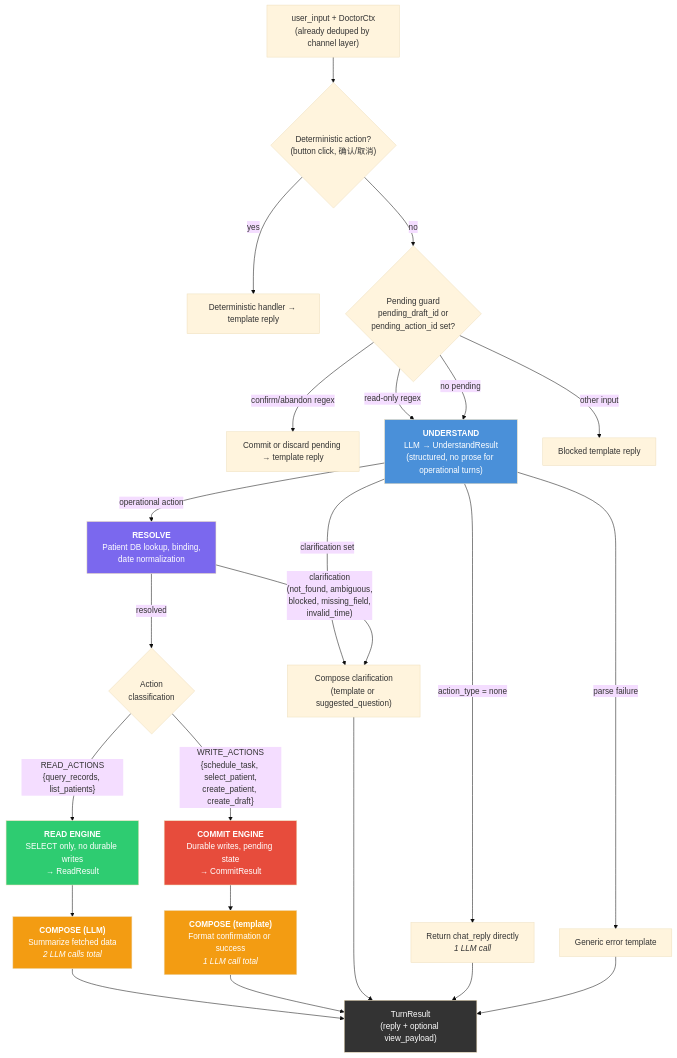
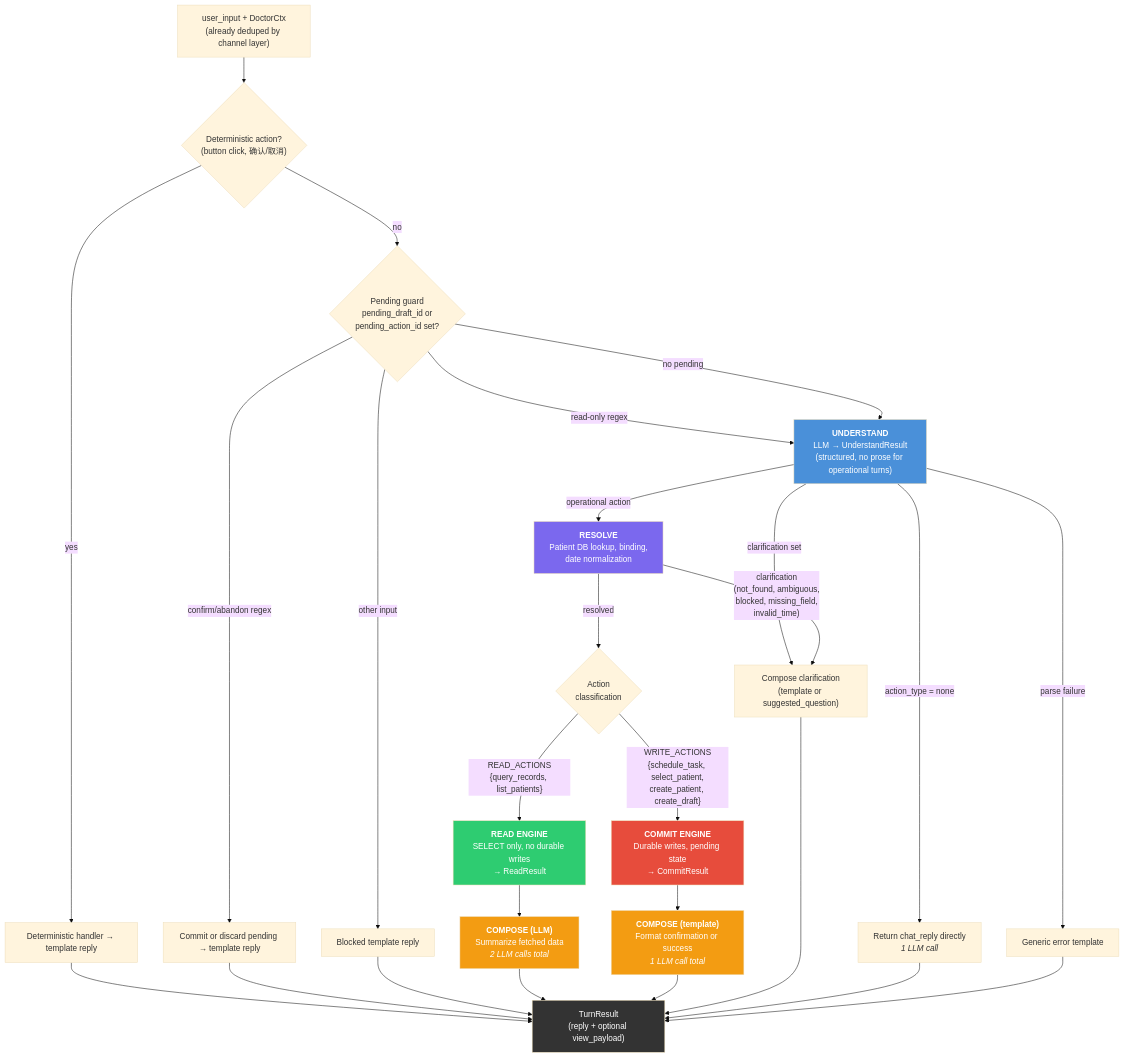
Before and after one commit to moments8890/doctor-ai-agent: the first of 7 diagrams in docs/adr/0012-architecture-diagram.md, drawn with Mermaid (base theme).

Commit message:
docs: connect all pre-pipeline short-circuit paths to TurnResult in diagram
det_handler, commit_or_discard, and blocked_reply now terminate at
turn_result like every other path.

````diff
--- a/docs/adr/0012-architecture-diagram.md
+++ b/docs/adr/0012-architecture-diagram.md
@@ -8,56 +8,59 @@
 ```mermaid
 flowchart TD
     input["user_input + DoctorCtx<br/>(already deduped by channel layer)"]
 
     %% Pre-pipeline guards
     input --> det{"Deterministic action?<br/>(button click, 确认/取消)"}
     det -->|yes| det_handler["Deterministic handler → template reply"]
     det -->|no| pending{"Pending guard<br/>pending_draft_id or<br/>pending_action_id set?"}
 
     pending -->|"confirm/abandon regex"| commit_or_discard["Commit or discard pending → template reply"]
     pending -->|"read-only regex"| understand
     pending -->|"other input"| blocked_reply["Blocked template reply"]
     pending -->|"no pending"| understand
 
     %% Understand phase
     understand["<b>UNDERSTAND</b><br/>LLM → UnderstandResult<br/>(structured, no prose for operational turns)"]
 
     understand -->|"action_type = none"| direct_reply["Return chat_reply directly<br/><i>1 LLM call</i>"]
     understand -->|"clarification set"| clarify_compose["Compose clarification<br/>(template or suggested_question)"]
     understand -->|"parse failure"| error_template["Generic error template"]
     understand -->|"operational action"| resolve
 
     %% Execute phase - Resolve
     resolve["<b>RESOLVE</b><br/>Patient DB lookup, binding,<br/>date normalization"]
 
     resolve -->|"clarification<br/>(not_found, ambiguous,<br/>blocked, missing_field,<br/>invalid_time)"| clarify_compose
     resolve -->|"resolved"| dispatch{"Action<br/>classification"}
 
     dispatch -->|"READ_ACTIONS<br/>{query_records, list_patients}"| read_engine
     dispatch -->|"WRITE_ACTIONS<br/>{schedule_task, select_patient,<br/>create_patient, create_draft}"| commit_engine
 
     %% Read engine
     read_engine["<b>READ ENGINE</b><br/>SELECT only, no durable writes<br/>→ ReadResult"]
 
     %% Commit engine
     commit_engine["<b>COMMIT ENGINE</b><br/>Durable writes, pending state<br/>→ CommitResult"]
 
     %% Compose phase
     read_engine --> compose_llm["<b>COMPOSE (LLM)</b><br/>Summarize fetched data<br/><i>2 LLM calls total</i>"]
     commit_engine --> compose_template["<b>COMPOSE (template)</b><br/>Format confirmation or success<br/><i>1 LLM call total</i>"]
 
-    compose_llm --> turn_result["TurnResult<br/>(reply + optional view_payload)"]
+    det_handler --> turn_result["TurnResult<br/>(reply + optional view_payload)"]
+    commit_or_discard --> turn_result
+    blocked_reply --> turn_result
+    compose_llm --> turn_result
     compose_template --> turn_result
     clarify_compose --> turn_result
     direct_reply --> turn_result
     error_template --> turn_result
 
     %% Styling
     style understand fill:#4a90d9,color:#fff
     style resolve fill:#7b68ee,color:#fff
     style read_engine fill:#2ecc71,color:#fff
     style commit_engine fill:#e74c3c,color:#fff
     style compose_llm fill:#f39c12,color:#fff
     style compose_template fill:#f39c12,color:#fff
     style turn_result fill:#333,color:#fff
 ```
````
